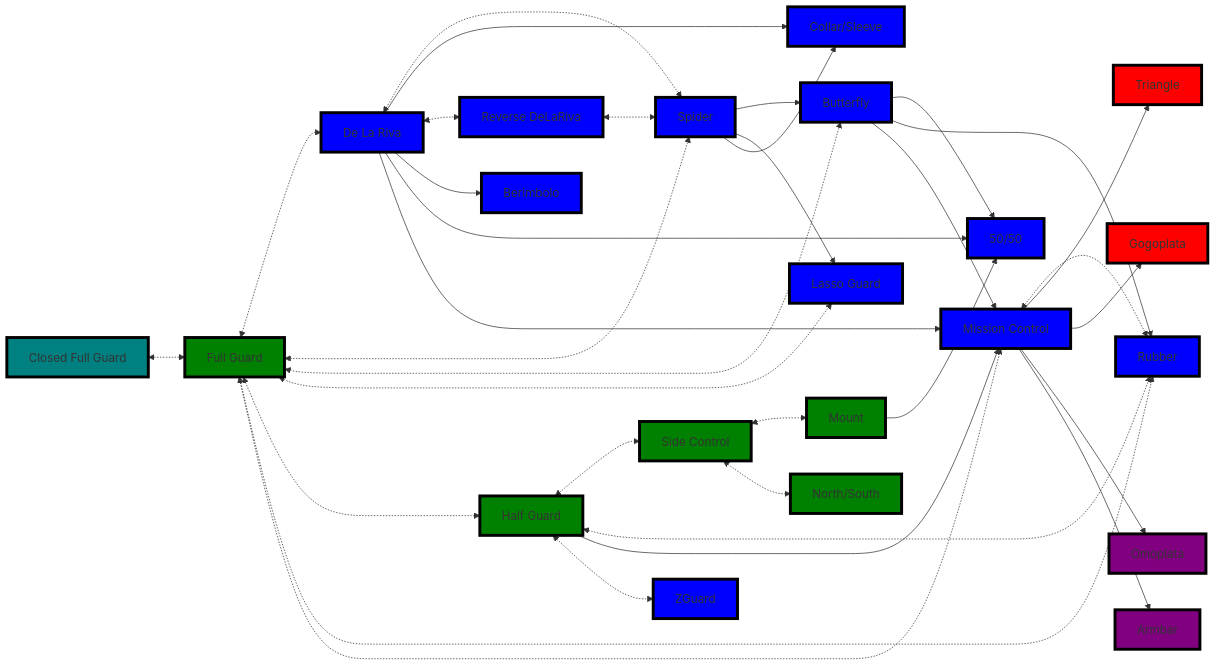
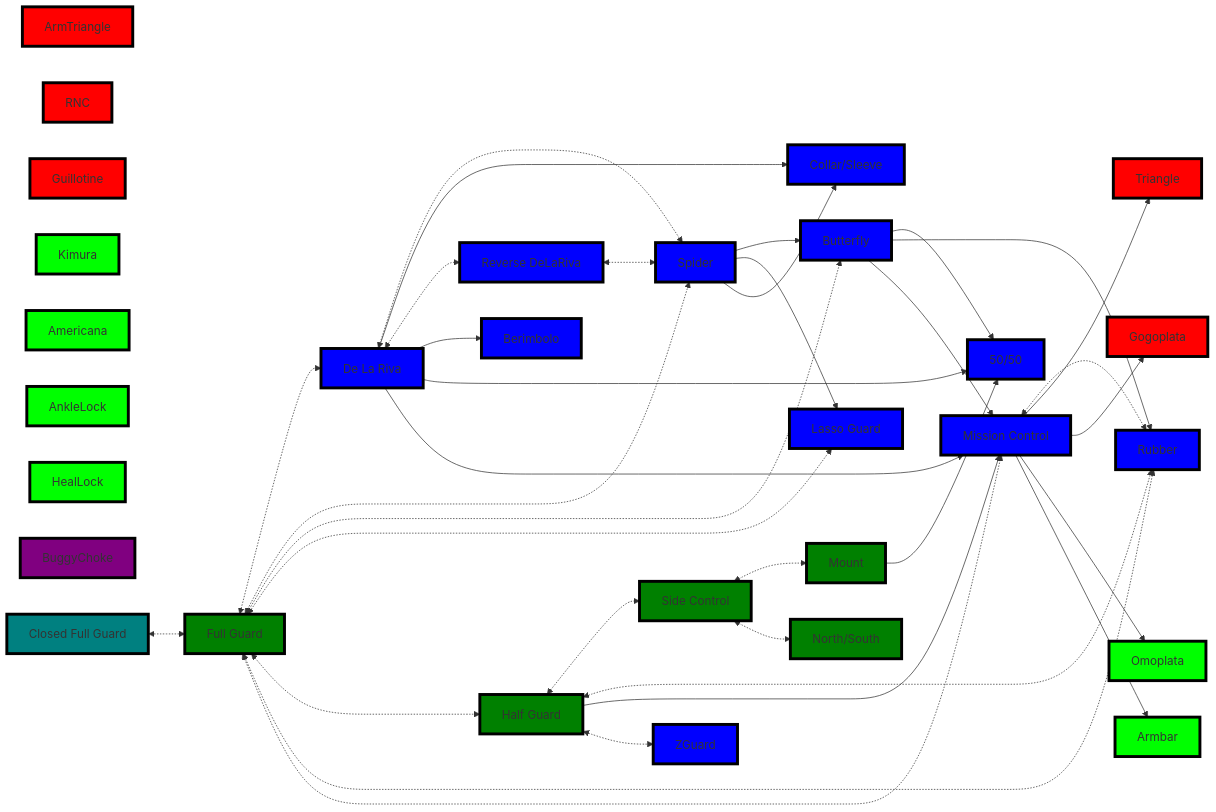
The first of 2 diagrams in _Fitness/MMA/Real World BJJ Flows.md (jacgit18/DevHiveMind), drawn with Mermaid before and after one commit.

Commit message:
M "_Fitness/MMA/Real World BJJ Flows.md"

````diff
--- a/_Fitness/MMA/Real World BJJ Flows.md
+++ b/_Fitness/MMA/Real World BJJ Flows.md
@@ -23,6 +23,17 @@
 	2[Gogoplata]
 	3[Omoplata]
 	4[Armbar]
+	5[ArmTriangle]
+	6[RNC]
+	7[Guillotine]
+
+	8[Kimura]
+	9[Americana]
+	10[AnkleLock]
+
+	11[HealLock]
+	12[BuggyChoke]
+
 
 	Closed <-.-> A
     A <-.-> B
@@ -102,7 +113,23 @@
 
 style 2 fill:red,stroke:black,stroke-width:4px,shadow:shadow
 
-style 3 fill:purple,stroke:black,stroke-width:4px,shadow:shadow
+style 3 fill:lime,stroke:black,stroke-width:4px,shadow:shadow
 
-style 4 fill:purple,stroke:black,stroke-width:4px,shadow:shadow
+style 4 fill:lime,stroke:black,stroke-width:4px,shadow:shadow
+
+style 5 fill:red,stroke:black,stroke-width:4px,shadow:shadow
+
+style 6 fill:red,stroke:black,stroke-width:4px,shadow:shadow
+
+style 7 fill:red,stroke:black,stroke-width:4px,shadow:shadow
+
+style 8 fill:lime,stroke:black,stroke-width:4px,shadow:shadow
+
+style 9 fill:lime,stroke:black,stroke-width:4px,shadow:shadow
+
+style 10 fill:lime,stroke:black,stroke-width:4px,shadow:shadow
+
+style 11 fill:lime,stroke:black,stroke-width:4px,shadow:shadow
+
+style 12 fill:purple,stroke:black,stroke-width:4px,shadow:shadow
 ```
````
